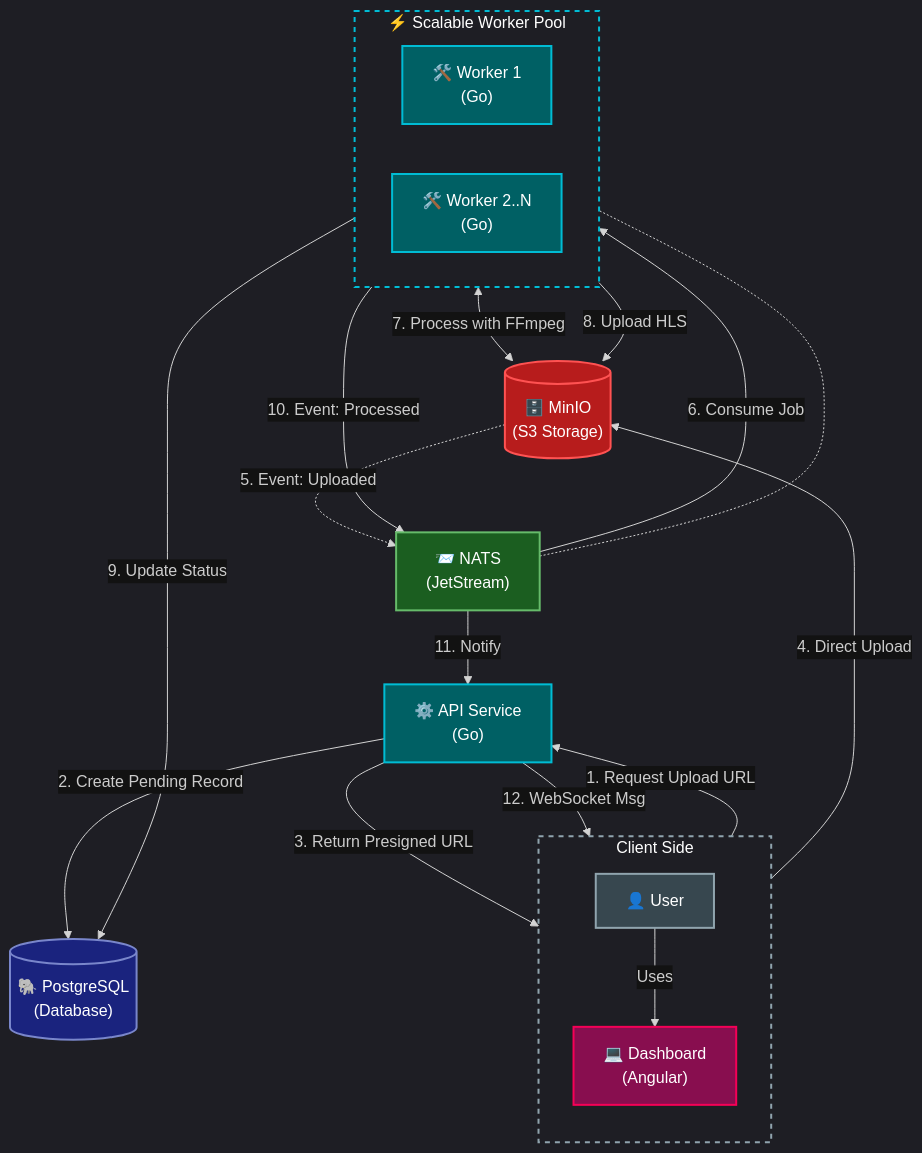
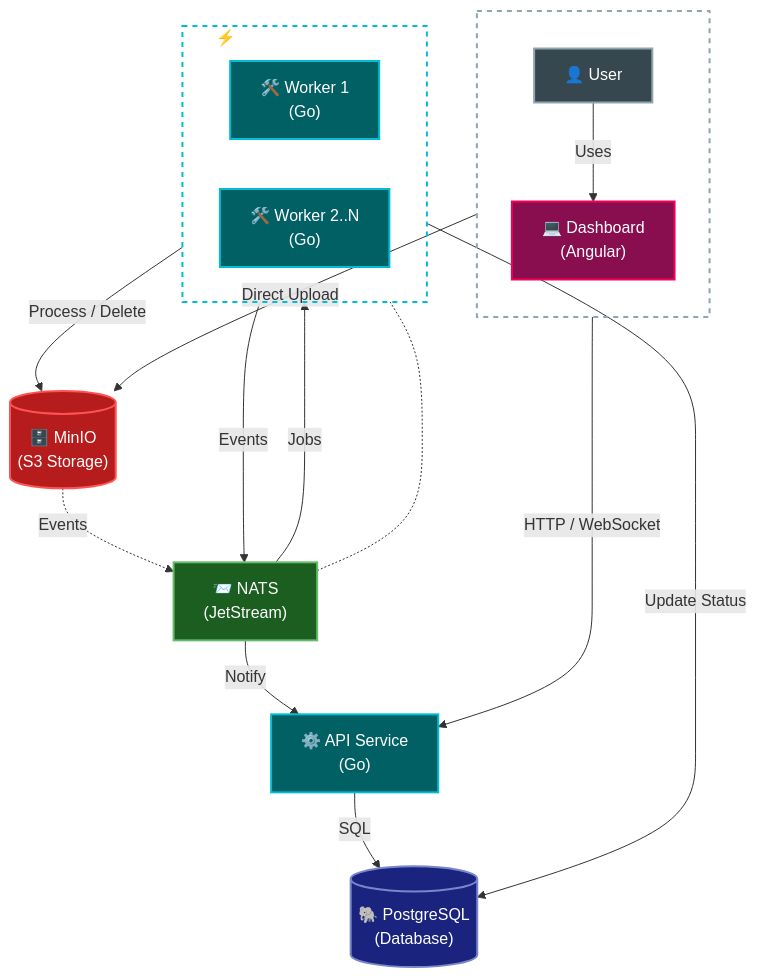
Before and after one commit to OZIOisgood/gamma: the first of 3 diagrams in README.md, drawn with Mermaid. The commit also changed other lines of this file and 21 other files, not shown here.

````diff
--- a/README.md
+++ b/README.md
@@ -42,55 +44,45 @@
 ```mermaid
----
-config:
-  theme: dark
-  themeVariables:
-    edgeLabelBackground: '#121212'
-    edgeLabelColor: '#ffffff'
----
 flowchart TB
     subgraph Client ["Client Side"]
         direction TB
         User["👤 User"] -- Uses --> Dashboard["💻 Dashboard<br>(Angular)"]
     end
 
-    Dashboard -- "1. Request Upload URL" --> API["⚙️ API Service<br>(Go)"]
-    API -- "2. Create Pending Record" --> DB[("🐘 PostgreSQL<br>(Database)")]
-    API -- "3. Return Presigned URL" --> Dashboard
-    Dashboard -- "4. Direct Upload" --> MinIO[("🗄️ MinIO<br>(S3 Storage)")]
-    MinIO -. "5. Event: Uploaded" .-> NATS["📨 NATS<br>(JetStream)"]
+    Dashboard -- "HTTP / WebSocket" --> API["⚙️ API Service<br>(Go)"]
+    API -- "SQL" --> DB[("🐘 PostgreSQL<br>(Database)")]
+    Dashboard -- "Direct Upload" --> MinIO[("🗄️ MinIO<br>(S3 Storage)")]
+    MinIO -. "Events" .-> NATS["📨 NATS<br>(JetStream)"]
     
     subgraph WorkerPool ["⚡ Scalable Worker Pool"]
         direction LR
         Worker["🛠️ Worker 1<br>(Go)"]
         Worker2["🛠️ Worker 2..N<br>(Go)"]
     end
 
-    NATS -- "6. Consume Job" --> Worker
+    NATS -- "Jobs" --> Worker
     NATS -.- Worker2
 
-    Worker <-- "7. Process with FFmpeg" --> MinIO
-    Worker -- "8. Upload HLS" --> MinIO
-    Worker -- "9. Update Status" --> DB
-    Worker -- "10. Event: Processed" --> NATS
-    NATS -- "11. Notify" --> API
-    API -- "12. WebSocket Msg" --> Dashboard
+    Worker -- "Process / Delete" --> MinIO
+    Worker -- "Update Status" --> DB
+    Worker -- "Events" --> NATS
+    NATS -- "Notify" --> API
 
      User:::user
      Dashboard:::angular
      API:::go
      Worker:::go
      Worker2:::go
      MinIO:::storage
      NATS:::messaging
      DB:::db
 
      style WorkerPool fill:transparent,stroke:#00bcd4,stroke-width:2px,stroke-dasharray: 5 5,color:#fff
      style Client fill:transparent,stroke:#90a4ae,stroke-width:2px,stroke-dasharray: 5 5,color:#fff
     
     classDef user fill:#37474f,stroke:#90a4ae,stroke-width:2px,color:#fff
     classDef angular fill:#880e4f,stroke:#f50057,stroke-width:2px,color:#fff
     classDef go fill:#006064,stroke:#00bcd4,stroke-width:2px,color:#fff
     classDef storage fill:#b71c1c,stroke:#ff5252,stroke-width:2px,color:#fff
     classDef messaging fill:#1b5e20,stroke:#66bb6a,stroke-width:2px,color:#fff
     classDef db fill:#1a237e,stroke:#7986cb,stroke-width:2px,color:#fff
 ```
````
